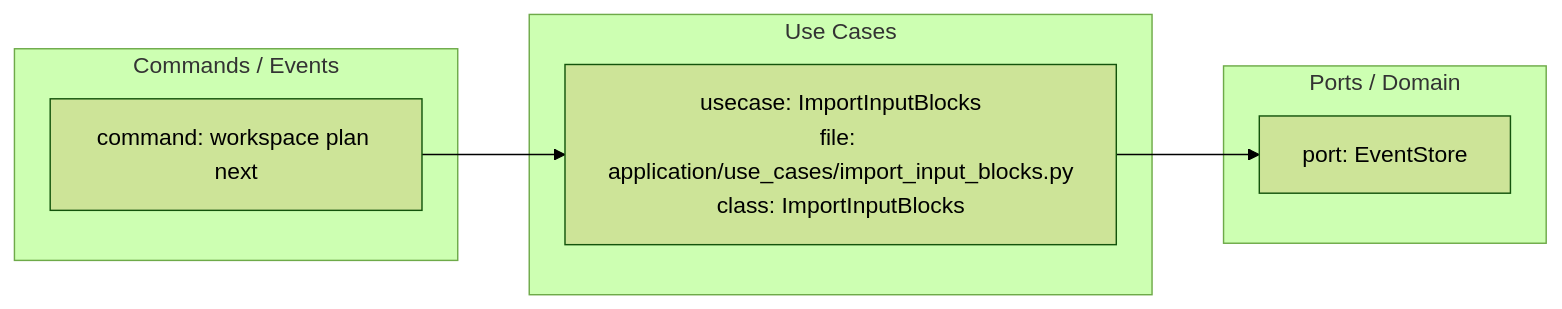
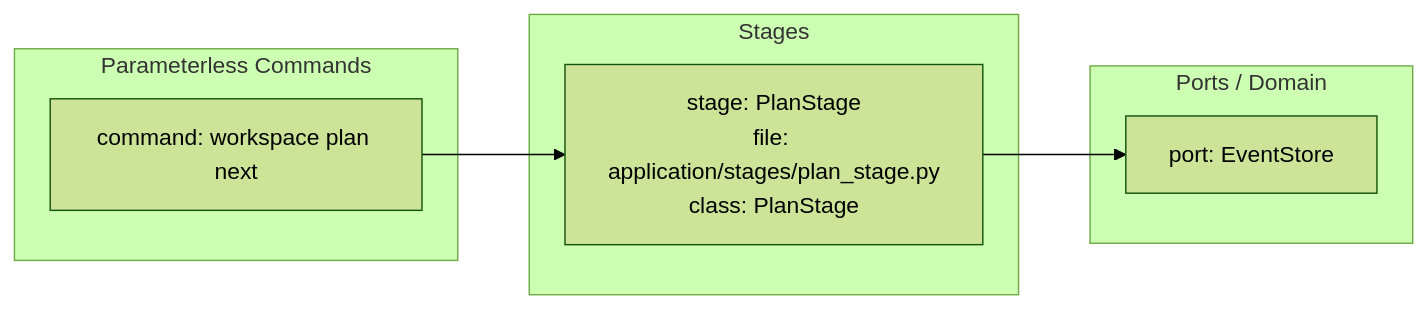
Diagram 14 of 14 in .enclosure/plans/planning-workflow/UML.md (9orky/enclosure), drawn with Mermaid (forest theme) before and after one commit. The commit also changed other lines of this file and 23 other files, not shown here.

````diff
--- a/.enclosure/plans/planning-workflow/UML.md
+++ b/.enclosure/plans/planning-workflow/UML.md
@@ -370,16 +387,16 @@
 ```mermaid
 flowchart LR
-    subgraph commands["Commands / Events"]
+    subgraph commands["Parameterless Commands"]
       Command["command: workspace plan next"]
     end
 
-    subgraph use_cases["Use Cases"]
-      UseCase["usecase: ImportInputBlocks\nfile: application/use_cases/import_input_blocks.py\nclass: ImportInputBlocks"]
+    subgraph stages["Stages"]
+      Stage["stage: PlanStage\nfile: application/stages/plan_stage.py\nclass: PlanStage"]
     end
 
     subgraph ports["Ports / Domain"]
       Port["port: EventStore"]
     end
 
-    Command --> UseCase --> Port
+    Command --> Stage --> Port
 ```
````
